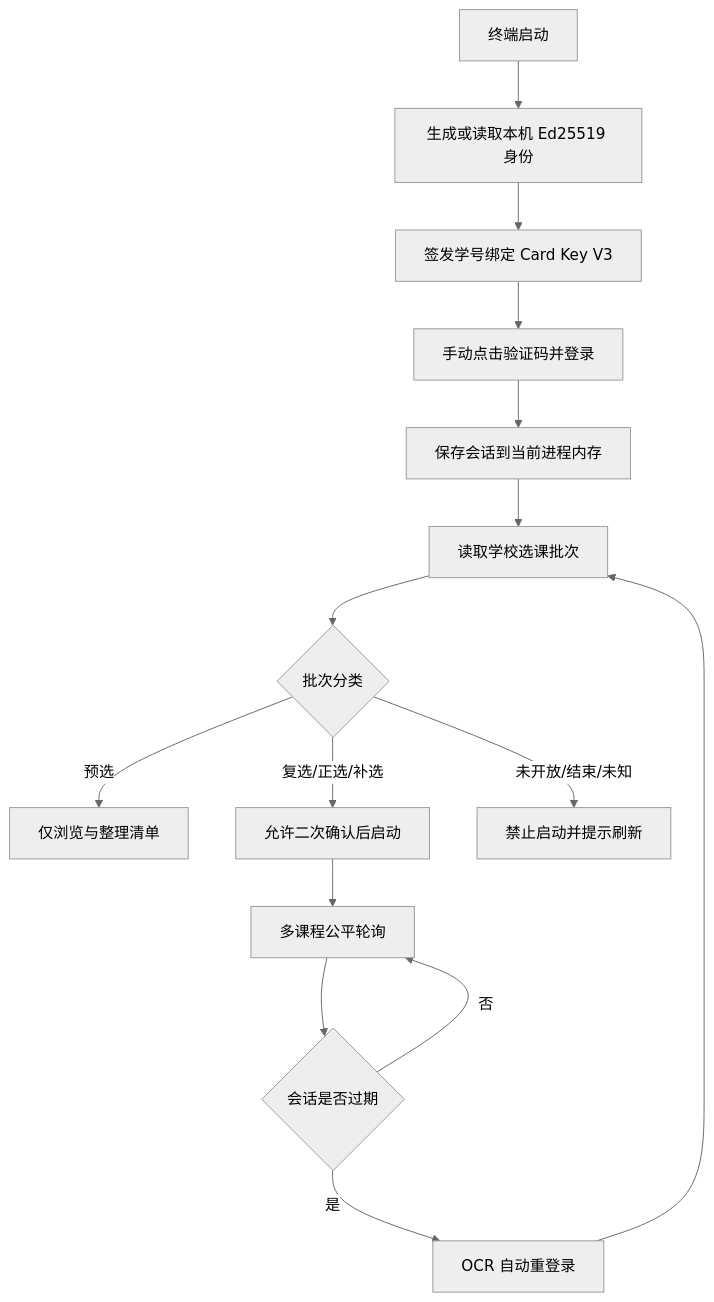
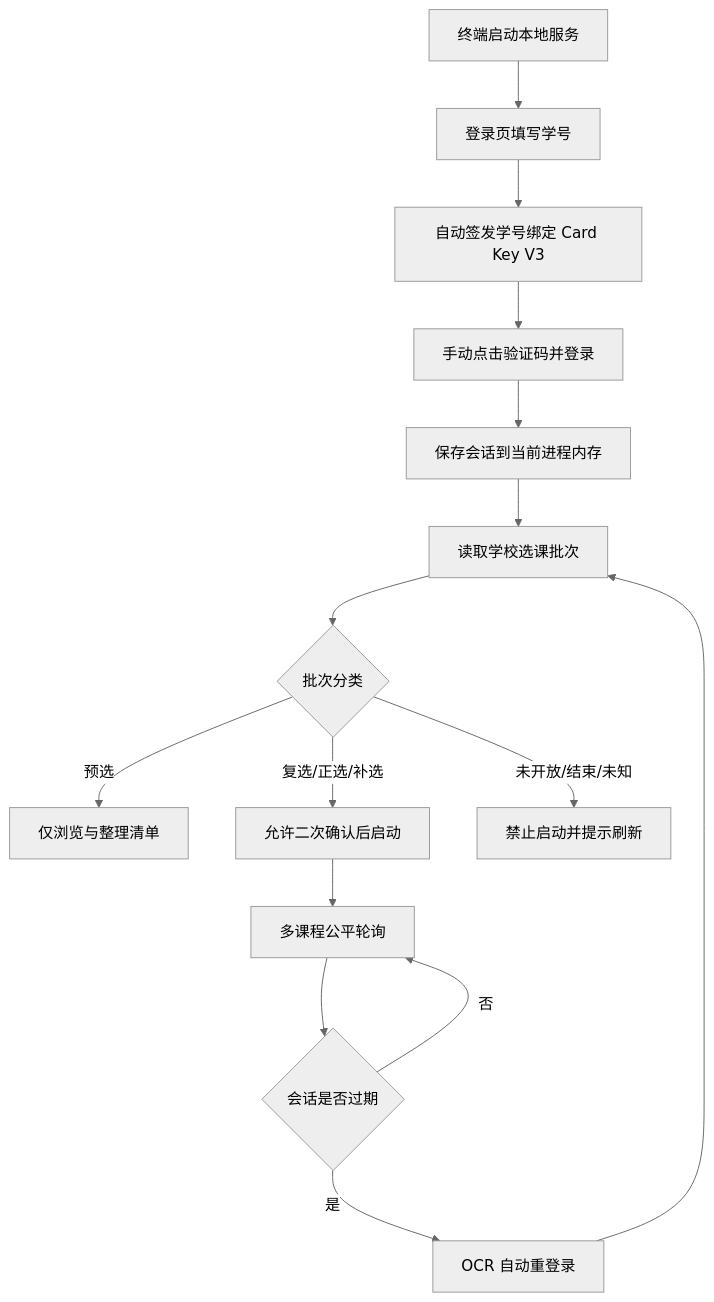
One commit to rinnein/SZU-Course-Help changed the diagram in README.md. Above: the diagram before and after it, drawn with Mermaid (neutral theme). The commit also changed other lines of this file and 9 other files, not shown here.

Commit message:
Auto Card Key V3 Gen

````diff
--- a/README.md
+++ b/README.md
@@ -130,17 +128,17 @@
 ```mermaid
 flowchart TD
-    A[终端启动] --> B[生成或读取本机 Ed25519 身份]
-    B --> C[签发学号绑定 Card Key V3]
+    A[终端启动本地服务] --> B[登录页填写学号]
+    B --> C[自动签发学号绑定 Card Key V3]
     C --> D[手动点击验证码并登录]
     D --> E[保存会话到当前进程内存]
     E --> F[读取学校选课批次]
     F --> G{批次分类}
     G -->|预选| H[仅浏览与整理清单]
     G -->|复选/正选/补选| I[允许二次确认后启动]
     G -->|未开放/结束/未知| J[禁止启动并提示刷新]
     I --> K[多课程公平轮询]
     K --> L{会话是否过期}
     L -->|否| K
     L -->|是| M[OCR 自动重登录]
     M --> F
 ```
````
